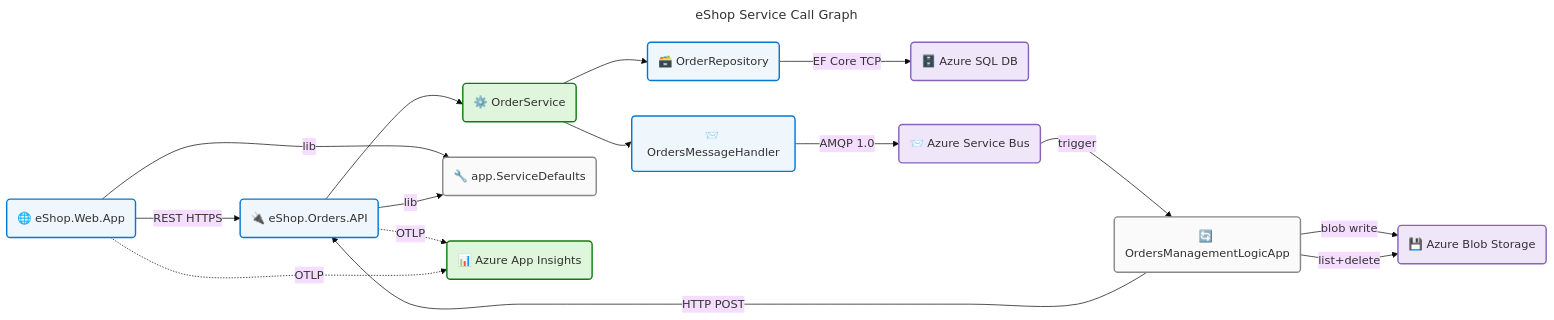
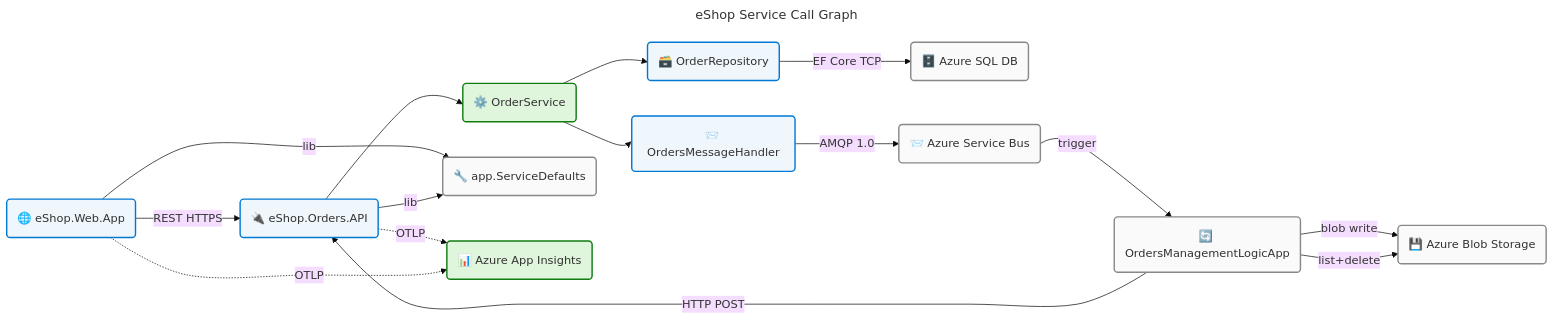
The seventh of 9 diagrams in docs/architecture/application-architecture.md (Evilazaro/Azure-LogicApps-Monitoring), drawn with Mermaid before and after one commit. The commit also changed other lines of this file, not shown here.

Commit message:
style: Update class definitions in architecture diagrams to use 'neutral' for data elements

````diff
--- a/docs/architecture/application-architecture.md
+++ b/docs/architecture/application-architecture.md
@@ -1779,61 +1778,60 @@
 ```mermaid
 ---
 title: eShop Service Call Graph
 config:
   theme: base
   look: classic
   layout: dagre
   themeVariables:
     fontSize: '16px'
   flowchart:
     htmlLabels: true
     curve: cardinal
 ---
 flowchart LR
     accTitle: eShop Service Call Graph
     accDescr: Directed graph showing all service-to-service call relationships and dependencies with protocol labels. WCAG AA compliant.
 
     %% ═══════════════════════════════════════════════════════════════════════════
     %% AZURE / FLUENT ARCHITECTURE PATTERN v1.1
     %% (Semantic + Structural + Font + Accessibility Governance)
     %% ═══════════════════════════════════════════════════════════════════════════
     %% PHASE 1 - FLUENT UI: All styling uses approved Fluent UI palette only
     %% PHASE 2 - GROUPS: Every subgraph has semantic color via style directive
     %% PHASE 3 - COMPONENTS: Every node has semantic classDef + icon prefix
     %% PHASE 4 - ACCESSIBILITY: accTitle/accDescr present, WCAG AA contrast
     %% PHASE 5 - STANDARD: Governance block present, classDefs centralized
     %% ═══════════════════════════════════════════════════════════════════════════
 
     WEB("🌐 eShop.Web.App"):::core
     API("🔌 eShop.Orders.API"):::core
     SVC("⚙️ OrderService"):::success
     REPO("🗃️ OrderRepository"):::core
     OMSG("📨 OrdersMessageHandler"):::core
     LA("🔄 OrdersManagementLogicApp"):::neutral
     SD("🔧 app.ServiceDefaults"):::neutral
-    DB("🗄️ Azure SQL DB"):::data
-    SB("📨 Azure Service Bus"):::data
-    BLOB("💾 Azure Blob Storage"):::data
+    DB("🗄️ Azure SQL DB"):::neutral
+    SB("📨 Azure Service Bus"):::neutral
+    BLOB("💾 Azure Blob Storage"):::neutral
     AI("📊 Azure App Insights"):::success
 
     WEB -->|"REST HTTPS"| API
     WEB -->|"lib"| SD
     API -->|"lib"| SD
     API --> SVC
     SVC --> REPO
     SVC --> OMSG
     REPO -->|"EF Core TCP"| DB
     OMSG -->|"AMQP 1.0"| SB
     SB -->|"trigger"| LA
     LA -->|"HTTP POST"| API
     LA -->|"blob write"| BLOB
     LA -->|"list+delete"| BLOB
     API -.->|"OTLP"| AI
     WEB -.->|"OTLP"| AI
 
     %% Centralized classDefs
     classDef neutral fill:#FAFAFA,stroke:#8A8886,stroke-width:2px,color:#323130
     classDef core fill:#EFF6FC,stroke:#0078D4,stroke-width:2px,color:#323130
-    classDef data fill:#F0E6FA,stroke:#8764B8,stroke-width:2px,color:#323130
     classDef success fill:#DFF6DD,stroke:#107C10,stroke-width:2px,color:#323130
 ```
````
